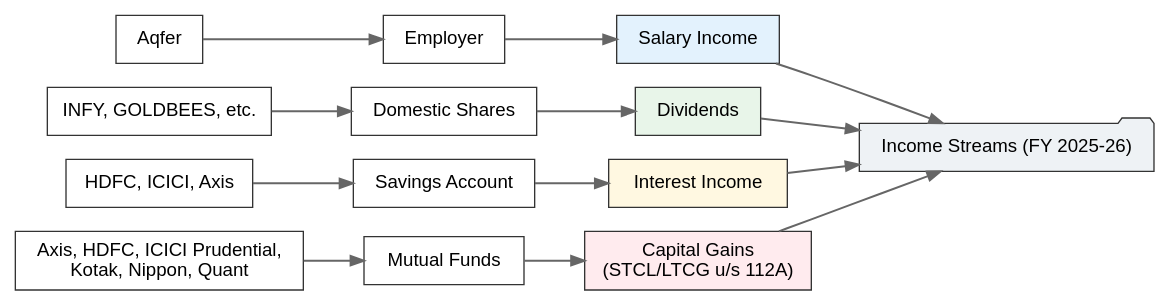
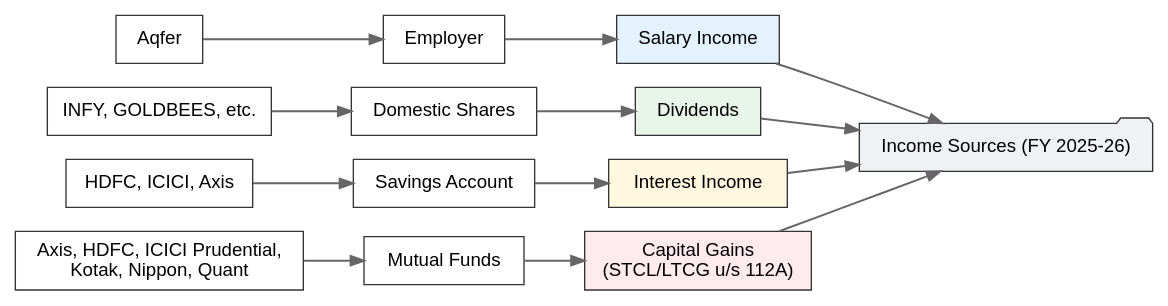
The first of 3 diagrams in content/building-wealth/blogs/2026/journey-of-filing-income-tax.md (sakthipriyan/sakthipriyan.github.io), drawn with Graphviz before and after one commit. The commit also changed other lines of this file, not shown here.

Commit message:
Incorporate minor text and diagram tweaks

````diff
--- a/content/building-wealth/blogs/2026/journey-of-filing-income-tax.md
+++ b/content/building-wealth/blogs/2026/journey-of-filing-income-tax.md
@@ -54,41 +56,41 @@
 ```dot
 digraph IncomeTree {
   rankdir=LR;
   node [shape=box, style=filled, fillcolor="#ffffff", fontname="sans-serif", color="#333333", margin="0.2,0.1"];
   edge [color="#666666", penwidth=1.5];
   
-  Income [label="Income Streams (FY 2025-26)", shape=folder, fillcolor="#eef2f5"];
+  Income [label="Income Sources (FY 2025-26)", shape=folder, fillcolor="#eef2f5"];
   
   Salary [label="Salary Income", fillcolor="#e3f2fd"];
   Employer [label="Employer"];
   Aqfer [label="Aqfer"];
   
   Dividends [label="Dividends", fillcolor="#e8f5e9"];
   DomesticShares [label="Domestic Shares"];
   ICICIDirect [label="INFY, GOLDBEES, etc."];
   
   Interest [label="Interest Income", fillcolor="#fff8e1"];
   SavingsAccount [label="Savings Account"];
   Banks [label="HDFC, ICICI, Axis"];
   
   CapitalGains [label="Capital Gains\n(STCL/LTCG u/s 112A)", fillcolor="#ffebee"];
   MutualFunds [label="Mutual Funds"];
   AMCs [label="Axis, HDFC, ICICI Prudential,\nKotak, Nippon, Quant"];
   
   Salary -> Income;
   Employer -> Salary;
   Aqfer -> Employer;
   
   Dividends -> Income;
   DomesticShares -> Dividends;
   ICICIDirect -> DomesticShares;
   
   Interest -> Income;
   SavingsAccount -> Interest;
   Banks -> SavingsAccount;
   
   CapitalGains -> Income;
   MutualFunds -> CapitalGains;
   AMCs -> MutualFunds;
 }
 ```
````
